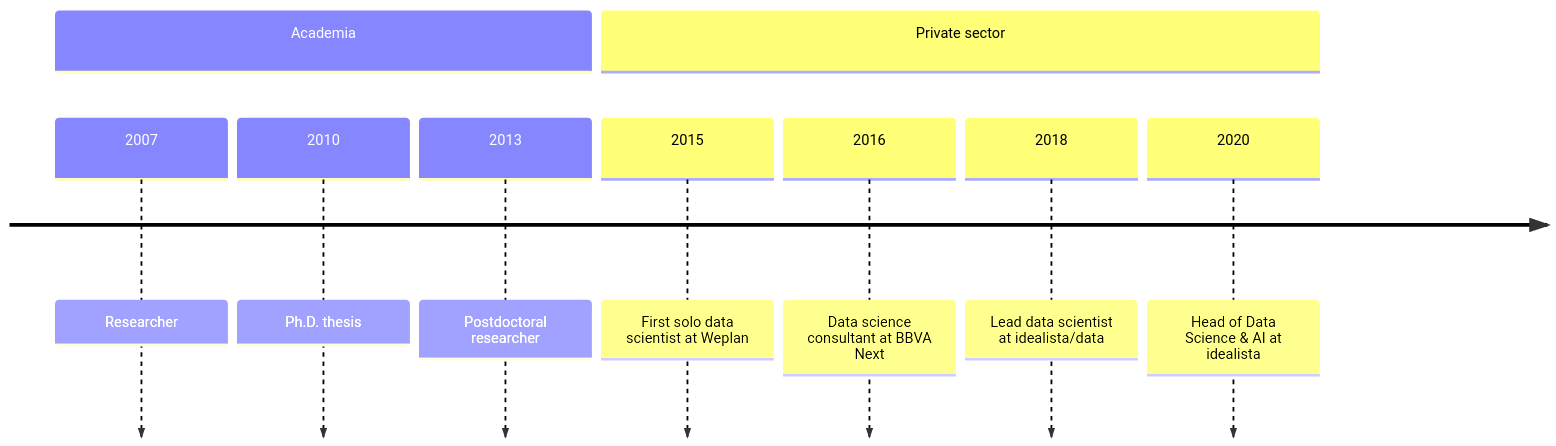
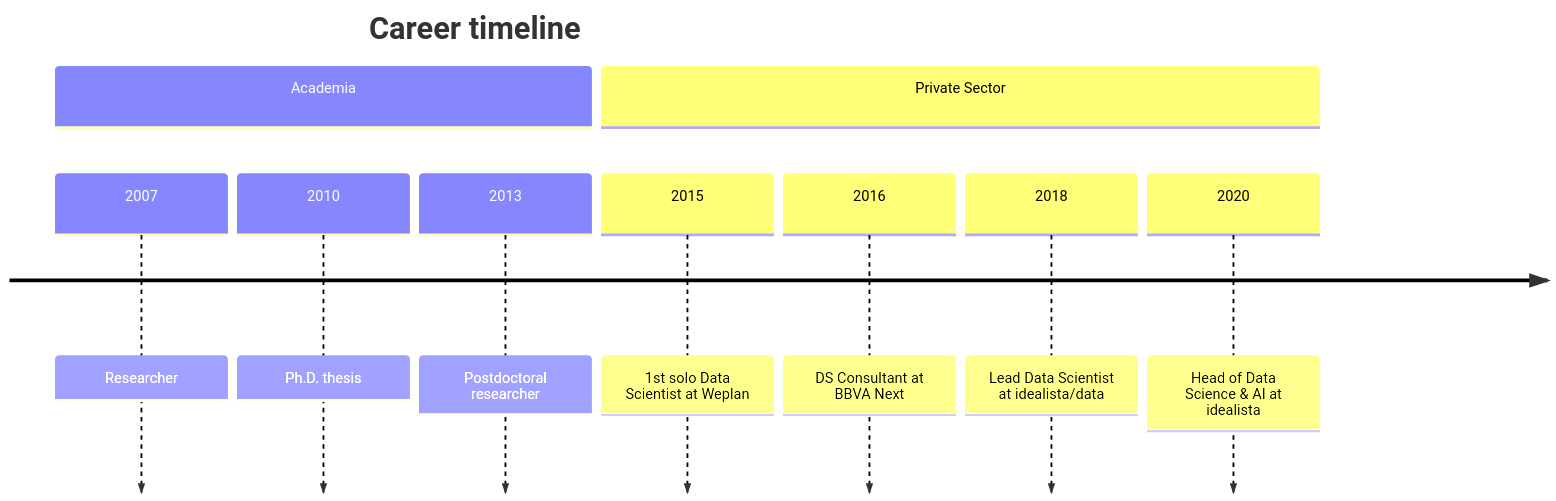
The diagram in content/mocs/Bio.md (pelayoarbues/pelayoarbues.github.io), drawn with Mermaid before and after one commit. The commit also changed other lines of this file, not shown here.

````diff
--- a/content/mocs/Bio.md
+++ b/content/mocs/Bio.md
@@ -24,12 +7,13 @@
 ```mermaid
 timeline
+    title Career timeline
     section Academia
-        2007 : Researcher
-        2010 : Ph.D. thesis
-        2013 : Postdoctoral researcher
-    section Private sector
-        2015 : First solo data scientist at Weplan
-        2016 : Data science consultant at BBVA Next
-        2018 : Lead data scientist at idealista/data
-        2020 : Head of Data Science & AI at idealista
+	    2007 : Researcher
+	    2010 : Ph.D. thesis
+	    2013 : Postdoctoral researcher
+	section Private Sector
+    2015 : 1st solo Data Scientist at Weplan
+    2016 : DS Consultant at BBVA Next
+    2018 : Lead Data Scientist at idealista/data
+    2020 : Head of Data Science & AI at idealista
 ```
````
